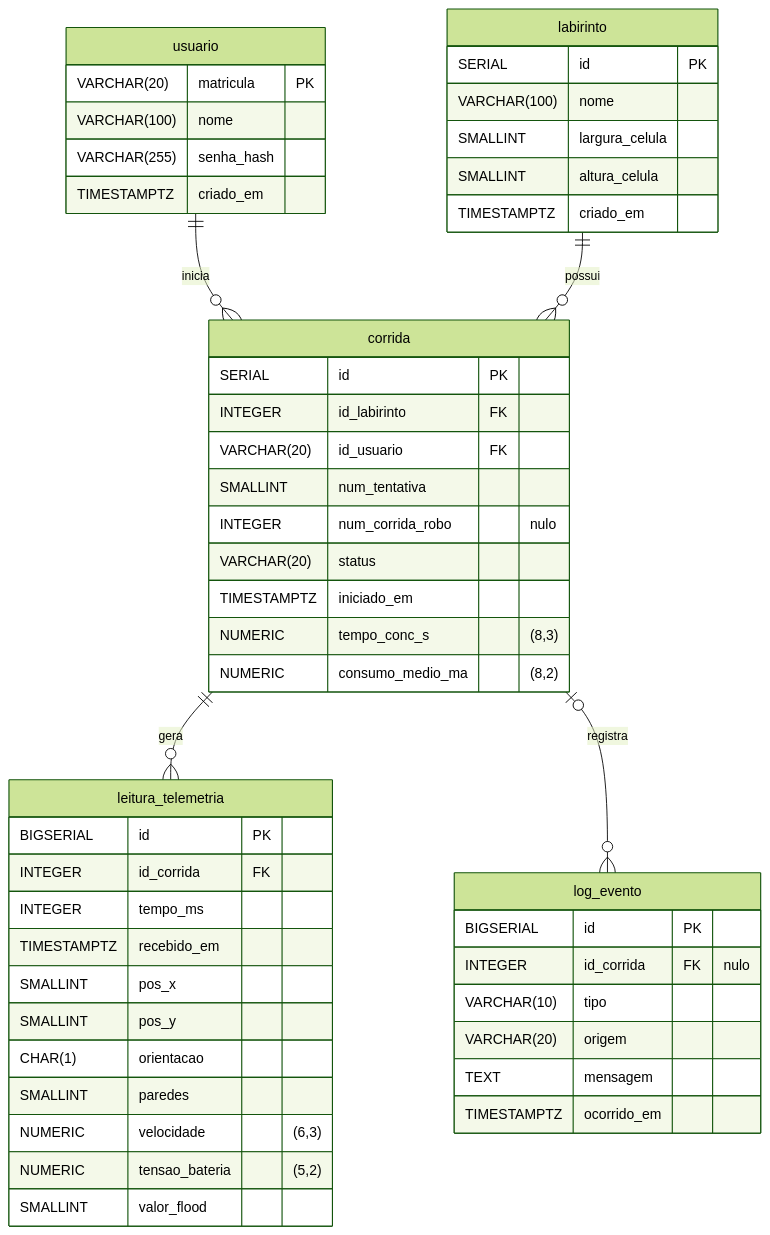
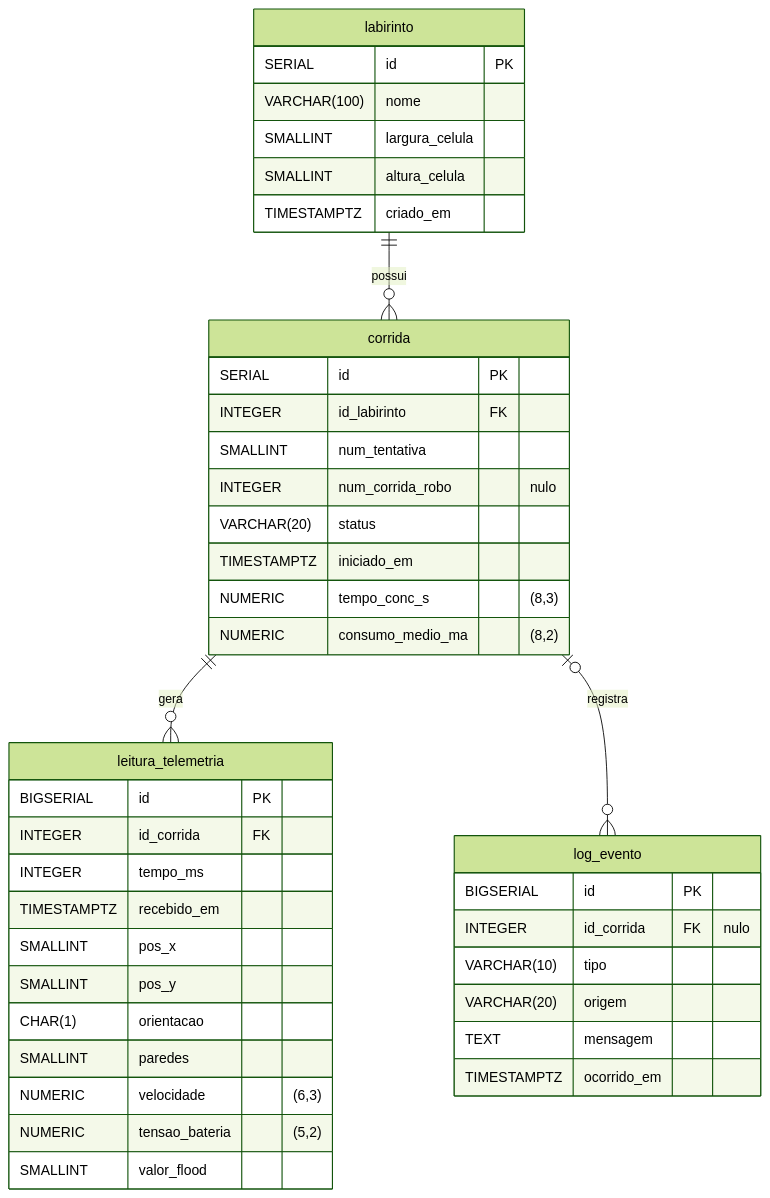
One commit to fcte-pi1/2026.2_PI1__Grupo2_Juliana changed the second of 2 diagrams in docs/4.4.4 - Persistencia de Dados.md. Above: the diagram before and after it, drawn with Mermaid (forest theme). The commit also changed other lines of this file and 6 other files, not shown here.

````diff
--- a/docs/4.4.4 - Persistencia de Dados.md
+++ b/docs/4.4.4 - Persistencia de Dados.md
@@ -133,57 +122,48 @@
 ```mermaid
 erDiagram
-    usuario ||--o{ corrida : inicia
     labirinto ||--o{ corrida : possui
     corrida ||--o{ leitura_telemetria : gera
     corrida |o--o{ log_evento : registra
-
-    usuario {
-        VARCHAR(20) matricula PK
-        VARCHAR(100) nome
-        VARCHAR(255) senha_hash
-        TIMESTAMPTZ criado_em
-    }
 
     labirinto {
         SERIAL id PK
         VARCHAR(100) nome
         SMALLINT largura_celula
         SMALLINT altura_celula
         TIMESTAMPTZ criado_em
     }
 
     corrida {
         SERIAL id PK
         INTEGER id_labirinto FK
-        VARCHAR(20) id_usuario FK
         SMALLINT num_tentativa
         INTEGER num_corrida_robo "nulo"
         VARCHAR(20) status
         TIMESTAMPTZ iniciado_em
         NUMERIC tempo_conc_s "(8,3)"
         NUMERIC consumo_medio_ma "(8,2)"
     }
 
     leitura_telemetria {
         BIGSERIAL id PK
         INTEGER id_corrida FK
         INTEGER tempo_ms
         TIMESTAMPTZ recebido_em
         SMALLINT pos_x
         SMALLINT pos_y
         CHAR(1) orientacao
         SMALLINT paredes
         NUMERIC velocidade "(6,3)"
         NUMERIC tensao_bateria "(5,2)"
         SMALLINT valor_flood
     }
 
     log_evento {
         BIGSERIAL id PK
         INTEGER id_corrida FK "nulo"
         VARCHAR(10) tipo
         VARCHAR(20) origem
         TEXT mensagem
         TIMESTAMPTZ ocorrido_em
     }
 ```
````
